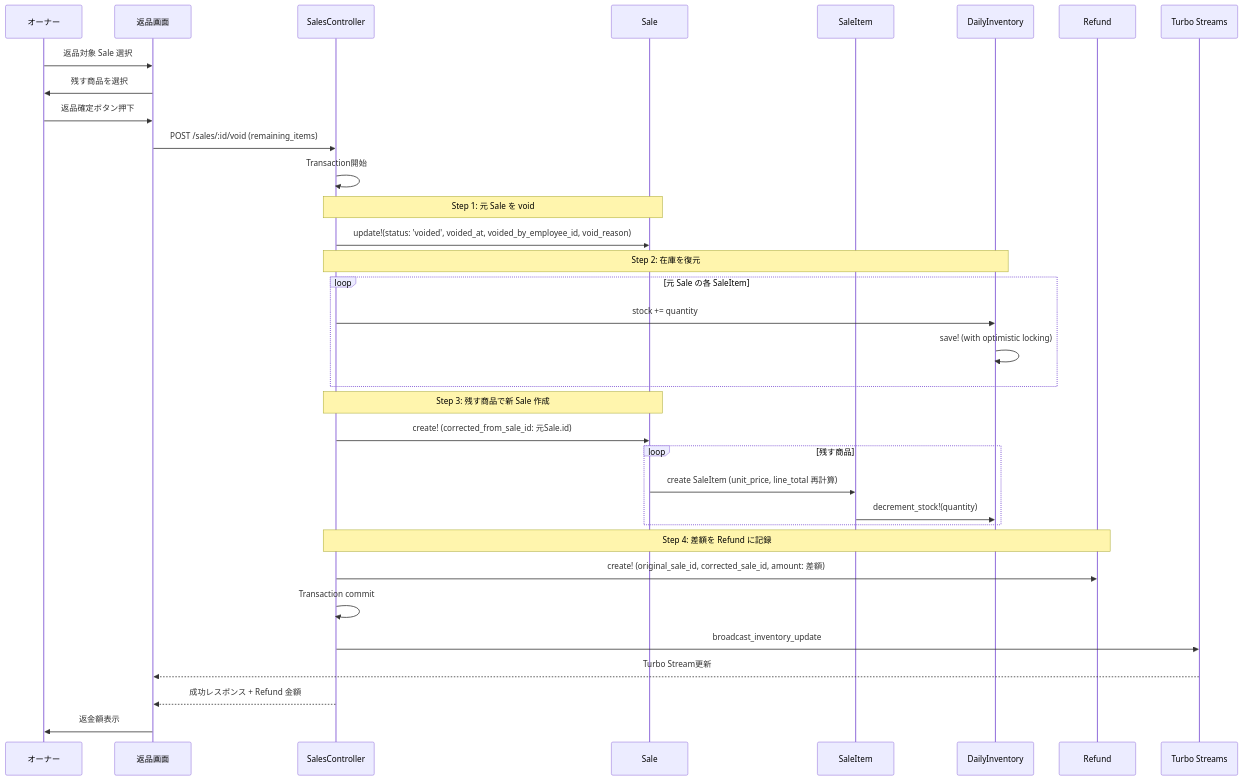
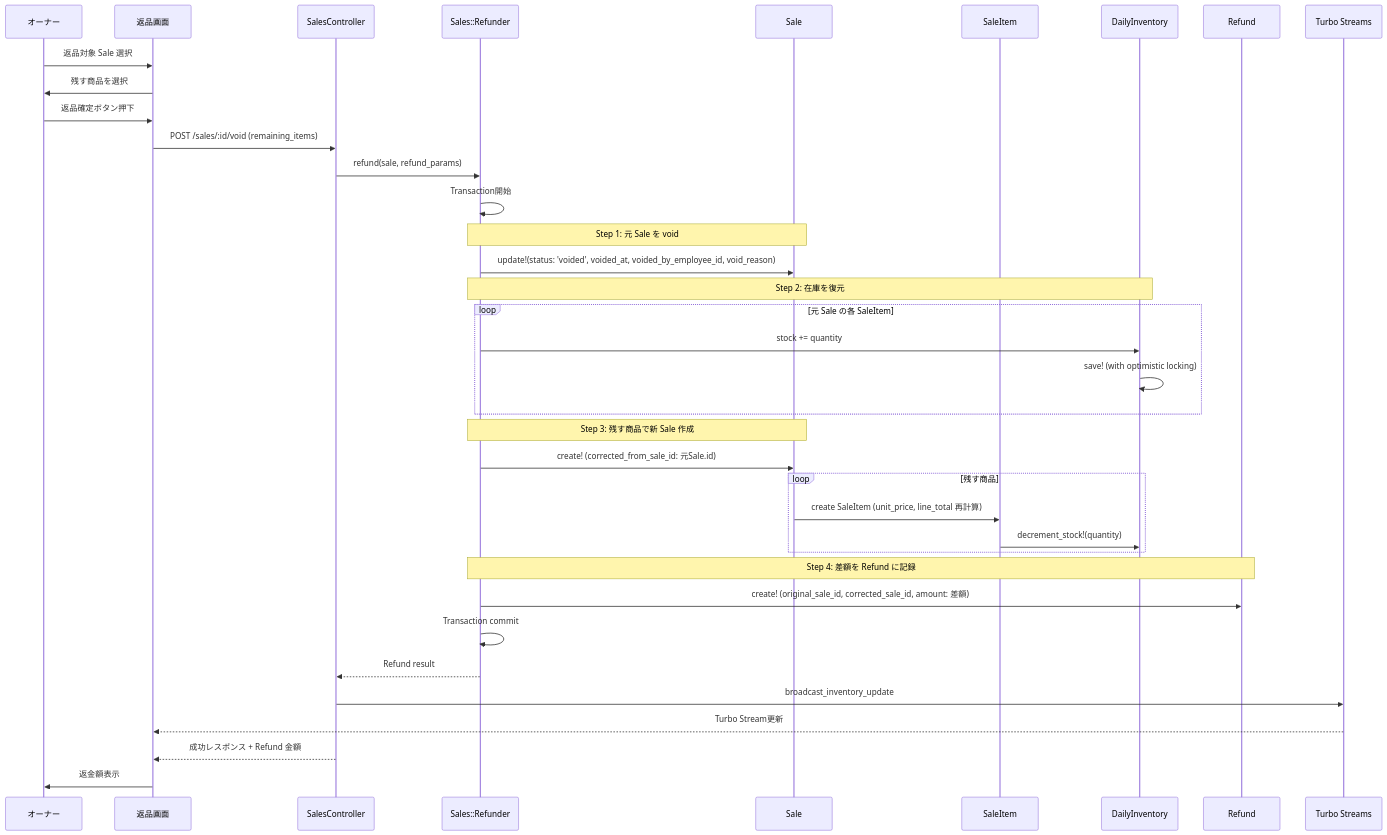
The third of 4 diagrams in docs/specs/sales-tracking-pos/design.md (kazu-2020/bento-manager), drawn with Mermaid before and after one commit. The commit also changed other lines of this file and 4 other files, not shown here.

First line of the commit message:
Remove offline support and add Sales::Refunder PORO to spec

````diff
--- a/docs/specs/sales-tracking-pos/design.md
+++ b/docs/specs/sales-tracking-pos/design.md
@@ -258,42 +253,45 @@
 ```mermaid
 sequenceDiagram
     participant U as オーナー
     participant UI as 返品画面
     participant SC as SalesController
+    participant RF as Sales::Refunder
     participant S as Sale
     participant SI as SaleItem
     participant DI as DailyInventory
     participant R as Refund
     participant TS as Turbo Streams
 
     U->>UI: 返品対象 Sale 選択
     UI->>U: 残す商品を選択
     U->>UI: 返品確定ボタン押下
     UI->>SC: POST /sales/:id/void (remaining_items)
-    SC->>SC: Transaction開始
+    SC->>RF: refund(sale, refund_params)
+    RF->>RF: Transaction開始
 
-    Note over SC,S: Step 1: 元 Sale を void
-    SC->>S: update!(status: 'voided', voided_at, voided_by_employee_id, void_reason)
+    Note over RF,S: Step 1: 元 Sale を void
+    RF->>S: update!(status: 'voided', voided_at, voided_by_employee_id, void_reason)
 
-    Note over SC,DI: Step 2: 在庫を復元
+    Note over RF,DI: Step 2: 在庫を復元
     loop 元 Sale の各 SaleItem
-        SC->>DI: stock += quantity
+        RF->>DI: stock += quantity
         DI->>DI: save! (with optimistic locking)
     end
 
-    Note over SC,S: Step 3: 残す商品で新 Sale 作成
-    SC->>S: create! (corrected_from_sale_id: 元Sale.id)
+    Note over RF,S: Step 3: 残す商品で新 Sale 作成
+    RF->>S: create! (corrected_from_sale_id: 元Sale.id)
     loop 残す商品
         S->>SI: create SaleItem (unit_price, line_total 再計算)
         SI->>DI: decrement_stock!(quantity)
     end
 
-    Note over SC,R: Step 4: 差額を Refund に記録
-    SC->>R: create! (original_sale_id, corrected_sale_id, amount: 差額)
+    Note over RF,R: Step 4: 差額を Refund に記録
+    RF->>R: create! (original_sale_id, corrected_sale_id, amount: 差額)
 
-    SC->>SC: Transaction commit
+    RF->>RF: Transaction commit
+    RF-->>SC: Refund result
     SC->>TS: broadcast_inventory_update
     TS-->>UI: Turbo Stream更新
     SC-->>UI: 成功レスポンス + Refund 金額
     UI->>U: 返金額表示
 ```
````
